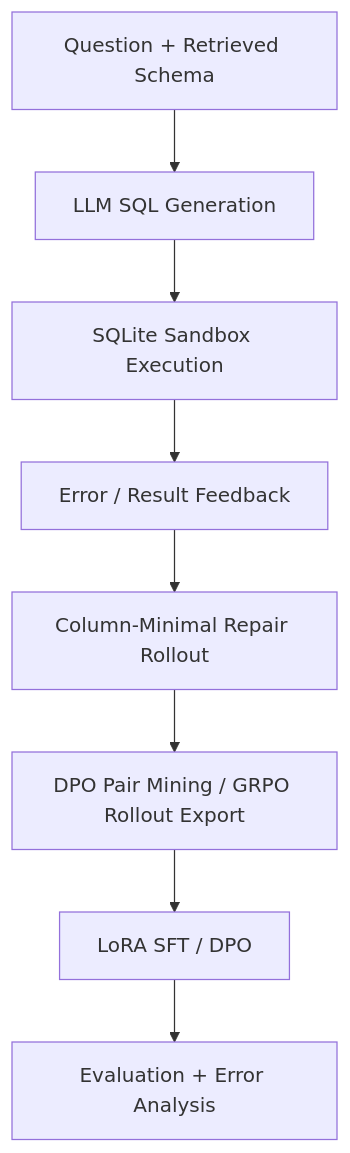
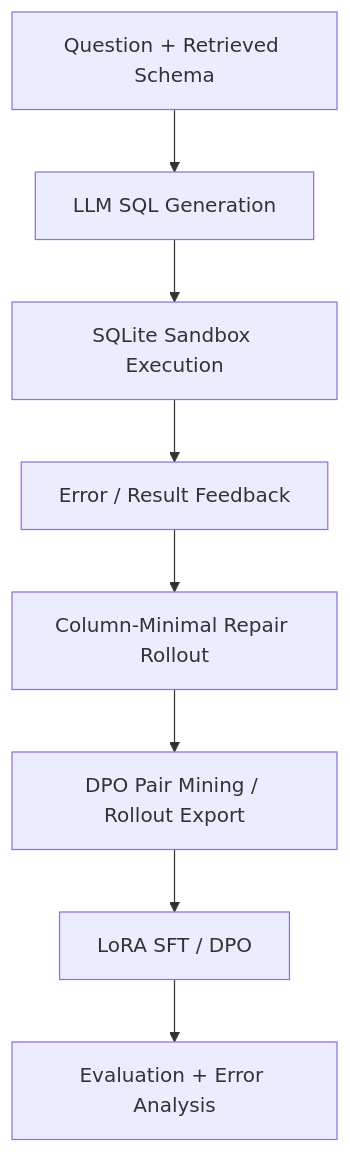
The diagram in README.md (thdwhtls/Execution-Guided-Text-to-SQL-Post-Training), drawn with Mermaid before and after one commit. The commit also changed other lines of this file, not shown here.

````diff
--- a/README.md
+++ b/README.md
@@ -15,10 +17,10 @@
 ```mermaid
 flowchart TD
     A["Question + Retrieved Schema"] --> B["LLM SQL Generation"]
     B --> C["SQLite Sandbox Execution"]
     C --> D["Error / Result Feedback"]
     D --> E["Column-Minimal Repair Rollout"]
-    E --> F["DPO Pair Mining / GRPO Rollout Export"]
+    E --> F["DPO Pair Mining / Rollout Export"]
     F --> G["LoRA SFT / DPO"]
     G --> H["Evaluation + Error Analysis"]
 ```
````
